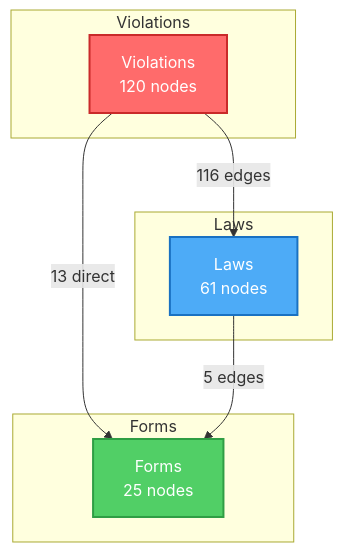
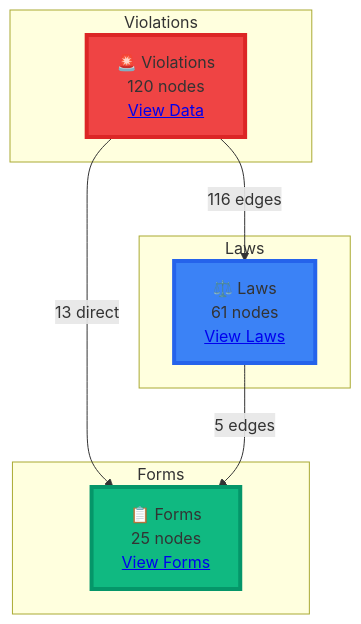
The first of 6 diagrams in data/processed/GRAPH_THEORY_ANALYSIS_SUMMARY.md (1digitaldesign/kettler-data-analysis), drawn with Mermaid before and after one commit. The commit also changed other lines of this file and 8 other files, not shown here.

First line of the commit message:
fix: Improve dark mode contrast and add interactive elements to diagrams

````diff
--- a/data/processed/GRAPH_THEORY_ANALYSIS_SUMMARY.md
+++ b/data/processed/GRAPH_THEORY_ANALYSIS_SUMMARY.md
@@ -9,22 +9,22 @@
 ```mermaid
 graph TB
     subgraph "Violations"
-        V1[Violations<br/>120 nodes]
+        V1["🚨 Violations<br/>120 nodes<br/><a href='data/processed/extracted_violations.json'>View Data</a>"]
     end
 
     subgraph "Laws"
-        L1[Laws<br/>61 nodes]
+        L1["⚖️ Laws<br/>61 nodes<br/><a href='ref/law/'>View Laws</a>"]
     end
 
     subgraph "Forms"
-        F1[Forms<br/>25 nodes]
+        F1["📋 Forms<br/>25 nodes<br/><a href='data/processed/integrated_violations_with_laws.json'>View Forms</a>"]
     end
 
     V1 -->|116 edges| L1
     V1 -->|13 direct| F1
     L1 -->|5 edges| F1
 
-    style V1 fill:#ff6b6b,stroke:#c92a2a,stroke-width:2px,color:#fff
-    style L1 fill:#4dabf7,stroke:#1971c2,stroke-width:2px,color:#fff
-    style F1 fill:#51cf66,stroke:#2f9e44,stroke-width:2px,color:#fff
+    style V1 fill:#ef4444,stroke:#dc2626,stroke-width:4px
+    style L1 fill:#3b82f6,stroke:#2563eb,stroke-width:4px
+    style F1 fill:#10b981,stroke:#059669,stroke-width:4px
 ```
````
